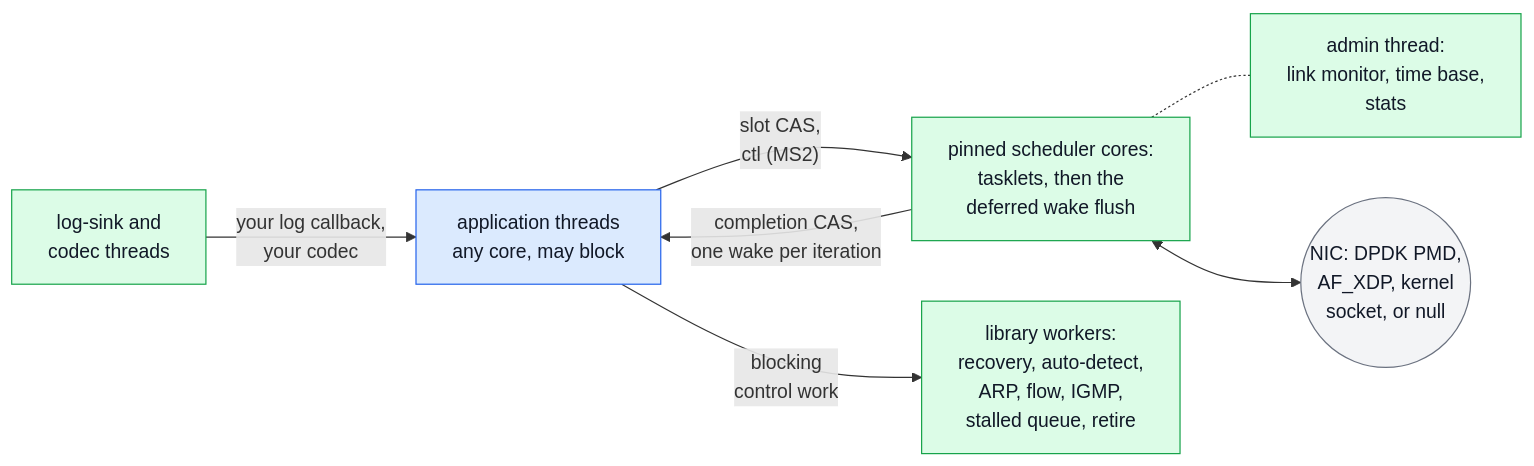
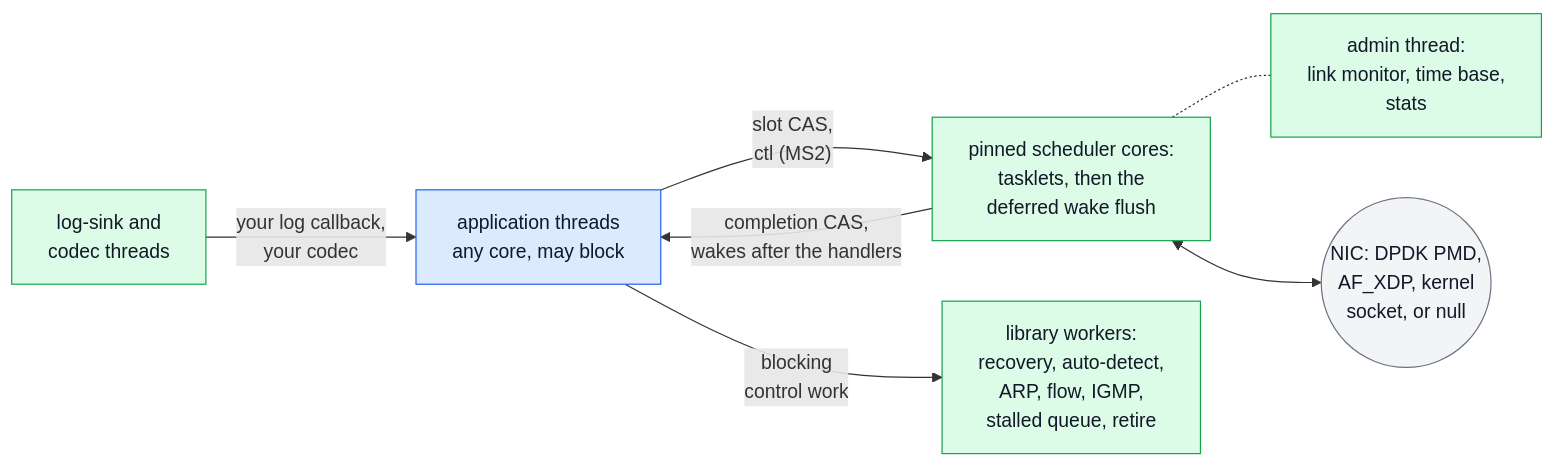
The first of 3 diagrams in doc/unified-api/engine.md (Sakoram/Media-Transport-Library), drawn with Mermaid before and after one commit. The commit also changed other lines of this file and 52 other files, not shown here.

````diff
--- a/doc/unified-api/engine.md
+++ b/doc/unified-api/engine.md
@@ -155,21 +64,21 @@
 ```mermaid
 flowchart LR
     APP["application threads<br/>any core, may block"]
     TK["pinned scheduler cores:<br/>tasklets, then the<br/>deferred wake flush"]
     WK["library workers:<br/>recovery, auto-detect,<br/>ARP, flow, IGMP,<br/>stalled queue, retire"]
     AD["admin thread:<br/>link monitor, time base,<br/>stats"]
     DS["log-sink and<br/>codec threads"]
     NIC(("NIC: DPDK PMD,<br/>AF_XDP, kernel<br/>socket, or null"))
     APP -->|"slot CAS,<br/>ctl (MS2)"| TK
-    TK -->|"completion CAS,<br/>one wake per iteration"| APP
+    TK -->|"completion CAS,<br/>wakes after the handlers"| APP
     APP -->|"blocking<br/>control work"| WK
     TK -.- AD
     DS -->|"your log callback,<br/>your codec"| APP
     TK <--> NIC
     classDef app fill:#dbeafe,stroke:#2563eb,color:#111827
     classDef mtl fill:#dcfce7,stroke:#16a34a,color:#111827
     classDef net fill:#f3f4f6,stroke:#6b7280,color:#111827
     class APP app
     class TK,WK,AD,DS mtl
     class NIC net
 ```
````
